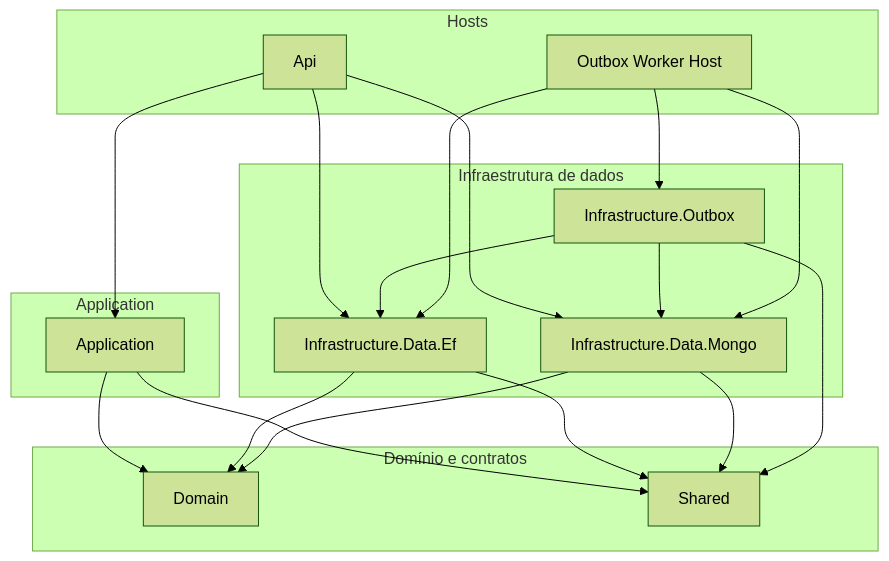
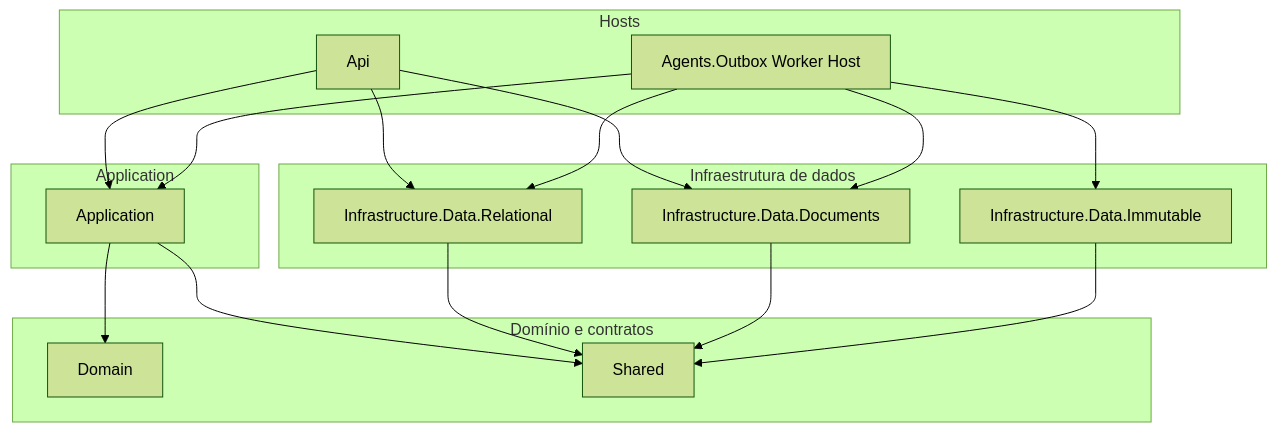
The first of 2 diagrams in docs/data/data-layer-split.md (filipececcon/arch-challenge), drawn with Mermaid (forest theme) before and after one commit. The commit also changed other lines of this file and 1 other file, not shown here.

First line of the commit message:
Refactor data layer split and outbox documentation

````diff
--- a/docs/data/data-layer-split.md
+++ b/docs/data/data-layer-split.md
@@ -19,43 +20,38 @@
 ```mermaid
 flowchart TB
     subgraph apps [Hosts]
         Api[Api]
-        OutboxHost[Outbox Worker Host]
+        OutboxHost[Agents.Outbox Worker Host]
     end
 
     subgraph app_layer [Application]
         Application[Application]
     end
 
     subgraph domain_layer [Domínio e contratos]
         Domain[Domain]
         Shared[Shared]
     end
 
     subgraph infra_data [Infraestrutura de dados]
-        DataEf[Infrastructure.Data.Ef]
-        DataMongo[Infrastructure.Data.Mongo]
-        OutboxProj[Infrastructure.Outbox]
+        DataRel[Infrastructure.Data.Relational]
+        DataDoc[Infrastructure.Data.Documents]
+        DataImm[Infrastructure.Data.Immutable]
     end
 
     Api --> Application
-    Api --> DataEf
-    Api --> DataMongo
+    Api --> DataRel
+    Api --> DataDoc
 
     Application --> Domain
     Application --> Shared
 
-    DataEf --> Domain
-    DataEf --> Shared
+    DataRel --> Shared
+    DataDoc --> Shared
+    DataImm --> Shared
 
-    DataMongo --> Domain
-    DataMongo --> Shared
-
-    OutboxProj --> DataEf
-    OutboxProj --> DataMongo
-    OutboxProj --> Shared
-
-    OutboxHost --> OutboxProj
-    OutboxHost --> DataEf
-    OutboxHost --> DataMongo
+    OutboxHost --> DataRel
+    OutboxHost --> DataDoc
+    OutboxHost --> DataImm
+    OutboxHost --> Application
 ```
````
